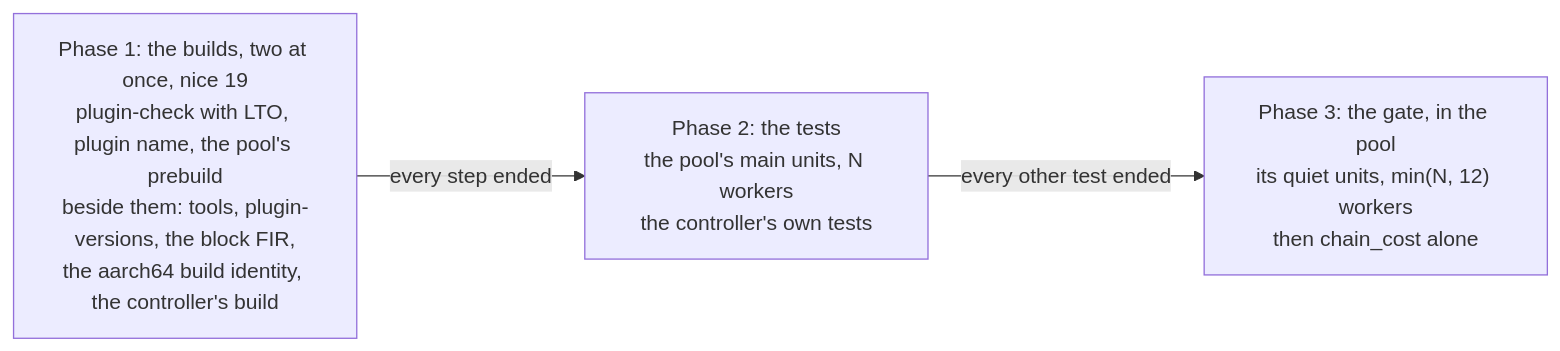
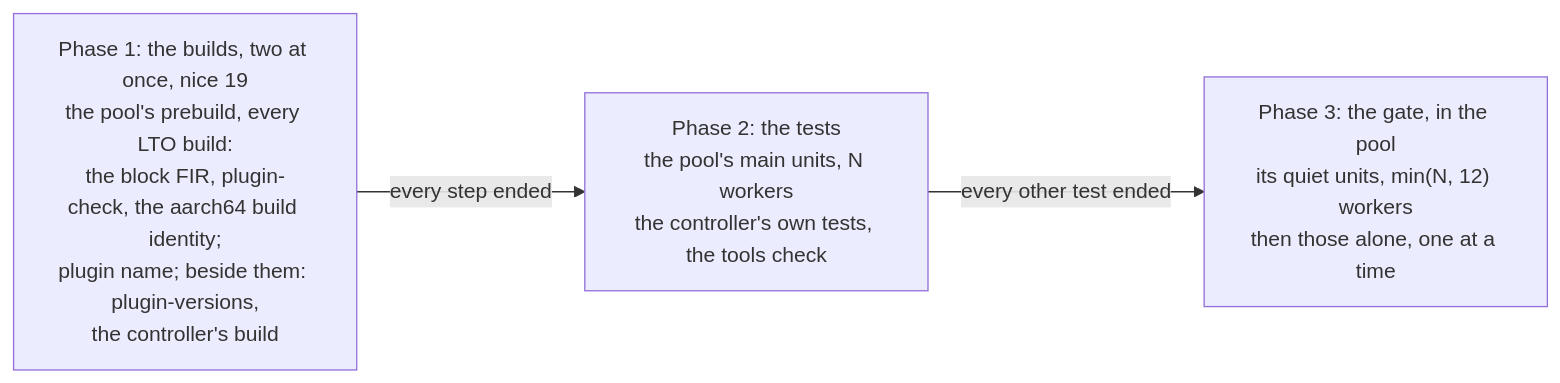
One commit to AMuszkat/bpi_amp_platform changed the sixth of 7 diagrams in docs/autonomous-development.md. Above: the diagram before and after it, drawn with Mermaid. The commit also changed other lines of this file and 7 other files, not shown here.

````diff
--- a/docs/autonomous-development.md
+++ b/docs/autonomous-development.md
@@ -239,7 +244,7 @@
 ```mermaid
 flowchart LR
-    p1["Phase 1: the builds, two at once, nice 19<br/>plugin-check with LTO, plugin name, the pool's prebuild<br/>beside them: tools, plugin-versions, the block FIR,<br/>the aarch64 build identity, the controller's build"]
-    p2["Phase 2: the tests<br/>the pool's main units, N workers<br/>the controller's own tests"]
-    p3["Phase 3: the gate, in the pool<br/>its quiet units, min(N, 12) workers<br/>then chain_cost alone"]
+    p1["Phase 1: the builds, two at once, nice 19<br/>the pool's prebuild, every LTO build:<br/>the block FIR, plugin-check, the aarch64 build identity;<br/>plugin name; beside them: plugin-versions,<br/>the controller's build"]
+    p2["Phase 2: the tests<br/>the pool's main units, N workers<br/>the controller's own tests, the tools check"]
+    p3["Phase 3: the gate, in the pool<br/>its quiet units, min(N, 12) workers<br/>then those alone, one at a time"]
     p1 -- "every step ended" --> p2 -- "every other test ended" --> p3
 ```
````
